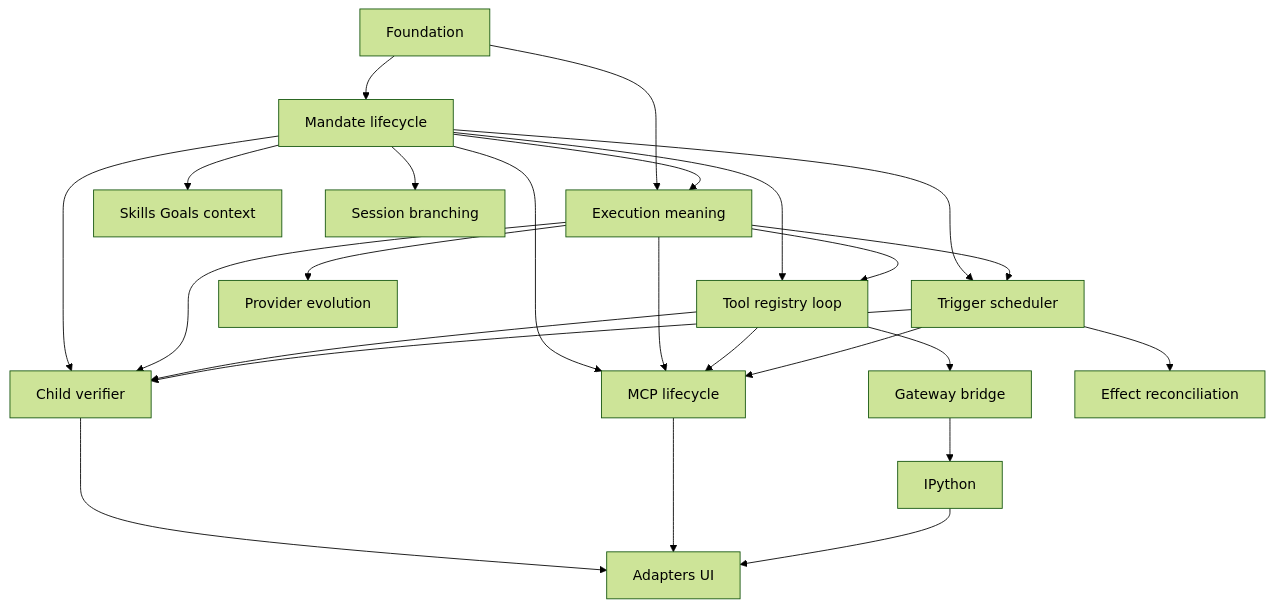
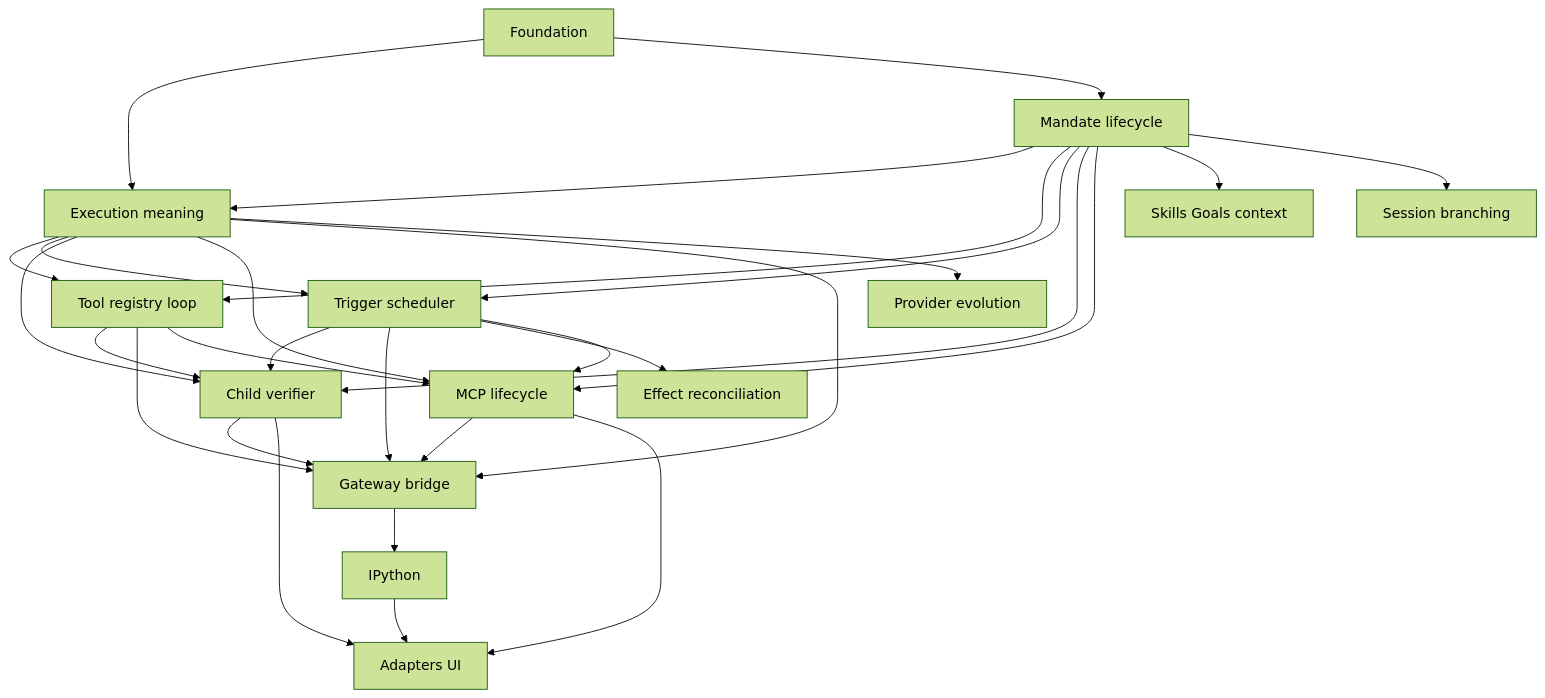
One commit to y0tsy/intention-relay changed the diagram in docs/intention-relay/reconciliation/ownership-and-dependency-map.md. Above: the diagram before and after it, drawn with Mermaid (forest theme). The commit also changed other lines of this file and 19 other files, not shown here.

Commit message:
docs(architecture): define mandate gateway bridge

````diff
--- a/docs/intention-relay/reconciliation/ownership-and-dependency-map.md
+++ b/docs/intention-relay/reconciliation/ownership-and-dependency-map.md
@@ -24,27 +25,31 @@
 ```mermaid
 flowchart TD
   F[Foundation] --> E[Execution meaning]
   F --> M[Mandate lifecycle]
   M --> E
   M --> T[Tool registry loop]
   E --> T
   M --> S[Trigger scheduler]
   E --> S
   M --> C[Child verifier]
   E --> C
   T --> C
   S --> C
   M --> P[MCP lifecycle]
   E --> P
   T --> G[Gateway bridge]
+  E --> G
+  S --> G
+  C --> G
+  P --> G
   S --> X[Effect reconciliation]
   T --> P
   S --> P
   M --> K[Skills Goals context]
   G --> I[IPython]
   E --> V[Provider evolution]
   M --> B[Session branching]
   C --> U[Adapters UI]
   P --> U
   I --> U
 ```
````
